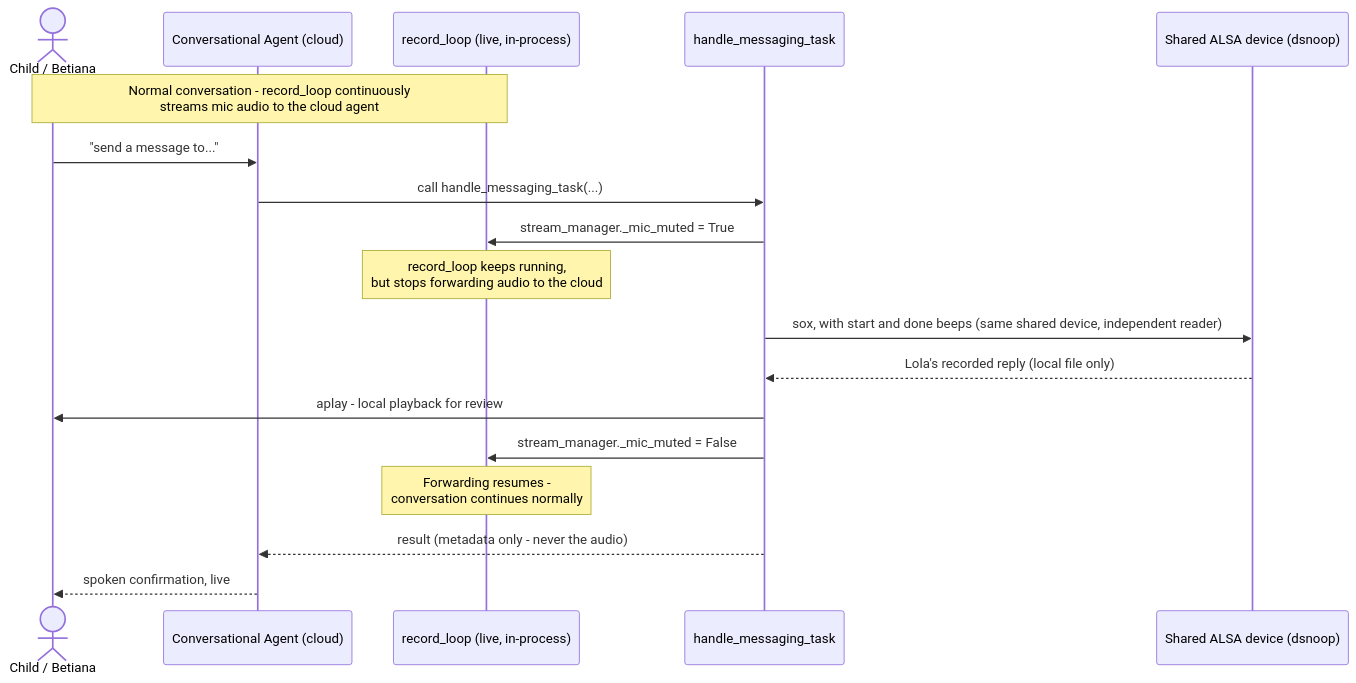
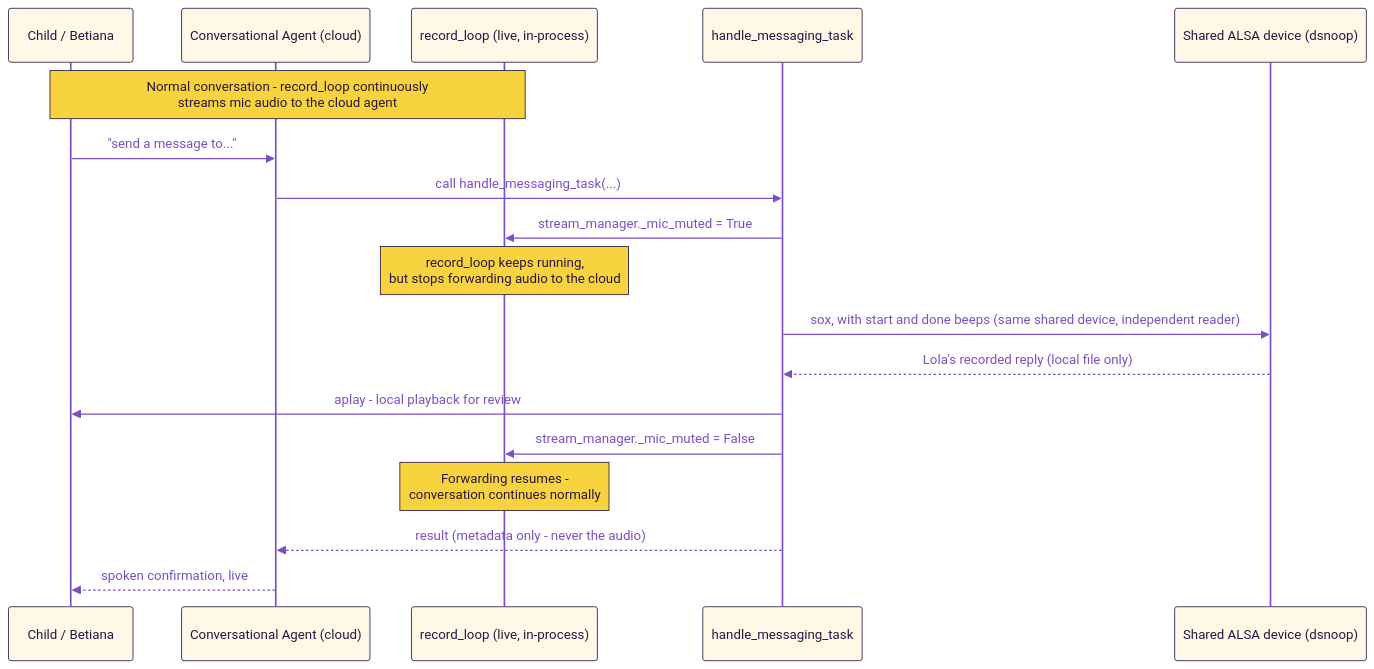
Before and after one commit to betiana688/lola-bla: the fourth of 4 diagrams in docs/architecture/overview.md, drawn with Mermaid. The commit also changed other lines of this file and 10 other files, not shown here.

Commit message:
docs round 1: brand colours on all 24 diagrams, docs home with two ways in, README status and limits brought up to date, console page table, backlog (guide for users, promo video)

````diff
--- a/docs/architecture/overview.md
+++ b/docs/architecture/overview.md
@@ -121,20 +124,21 @@
 ```mermaid
+%%{init: {"theme":"base","themeVariables":{"primaryColor":"#FFF8E7","primaryTextColor":"#2A1640","primaryBorderColor":"#2A1640","lineColor":"#7B4FC4","textColor":"#7B4FC4","secondaryColor":"#F7D33E","tertiaryColor":"#C9B3F2","noteBkgColor":"#F7D33E","noteTextColor":"#2A1640","noteBorderColor":"#2A1640","actorBkg":"#FFF8E7","actorBorder":"#2A1640","actorTextColor":"#2A1640","actorLineColor":"#7B4FC4","signalColor":"#7B4FC4","signalTextColor":"#7B4FC4","labelBoxBkgColor":"#FFF8E7","labelBoxBorderColor":"#2A1640","labelTextColor":"#2A1640","loopTextColor":"#7B4FC4","edgeLabelBackground":"#FFF8E7","clusterBkg":"#C9B3F2","clusterBorder":"#2A1640","titleColor":"#2A1640"}}}%%
 sequenceDiagram
-  actor Child as Child / Betiana
+  participant Child as Child / Betiana
   participant CA as Conversational Agent (cloud)
   participant RL as record_loop (live, in-process)
   participant Tool as handle_messaging_task
   participant Dev as Shared ALSA device (dsnoop)
   Note over Child,RL: Normal conversation - record_loop continuously<br/>streams mic audio to the cloud agent
   Child->>CA: "send a message to..."
   CA->>Tool: call handle_messaging_task(...)
   Tool->>RL: stream_manager._mic_muted = True
   Note over RL: record_loop keeps running,<br/>but stops forwarding audio to the cloud
   Tool->>Dev: sox, with start and done beeps (same shared device, independent reader)
   Dev-->>Tool: Lola's recorded reply (local file only)
   Tool->>Child: aplay - local playback for review
   Tool->>RL: stream_manager._mic_muted = False
   Note over RL: Forwarding resumes -<br/>conversation continues normally
   Tool-->>CA: result (metadata only - never the audio)
   CA-->>Child: spoken confirmation, live
 ```
````
